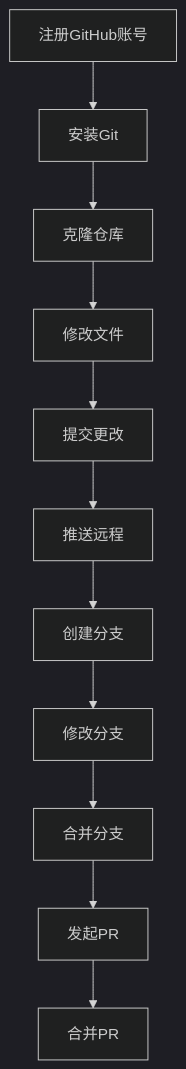
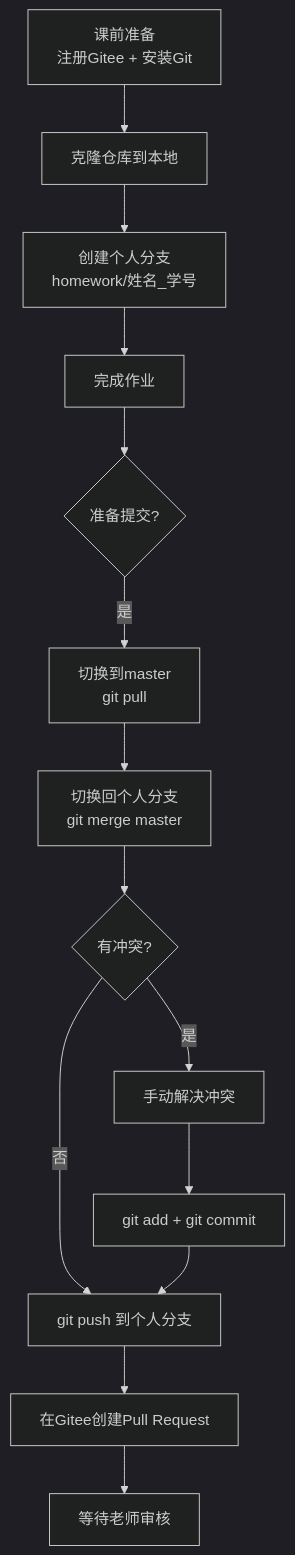
Before and after one commit to pywww/ai-tool-course-homework-2026: the diagram in README.md, drawn with Mermaid (dark theme). The commit also changed other lines of this file and 8 other files, not shown here.

````diff
--- a/README.md
+++ b/README.md
@@ -238,13 +544,16 @@
 ```mermaid
 flowchart TD
-    A[注册GitHub账号] --> B[安装Git]
-    B --> C[克隆仓库]
-    C --> D[修改文件]
-    D --> E[提交更改]
-    E --> F[推送远程]
-    F --> G[创建分支]
-    G --> H[修改分支]
-    H --> I[合并分支]
-    I --> J[发起PR]
-    J --> K[合并PR]
+    A[课前准备<br/>注册Gitee + 安装Git] --> B[克隆仓库到本地]
+    B --> C[创建个人分支<br/>homework/姓名_学号]
+    C --> D[完成作业]
+    D --> E{准备提交?}
+    E -->|是| F[切换到master<br/>git pull]
+    F --> G[切换回个人分支<br/>git merge master]
+    G --> H{有冲突?}
+    H -->|是| I[手动解决冲突]
+    I --> J[git add + git commit]
+    H -->|否| K[git push 到个人分支]
+    J --> K
+    K --> L[在Gitee创建Pull Request]
+    L --> M[等待老师审核]
 ```
````
